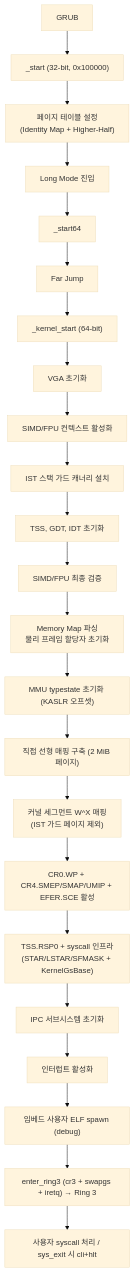
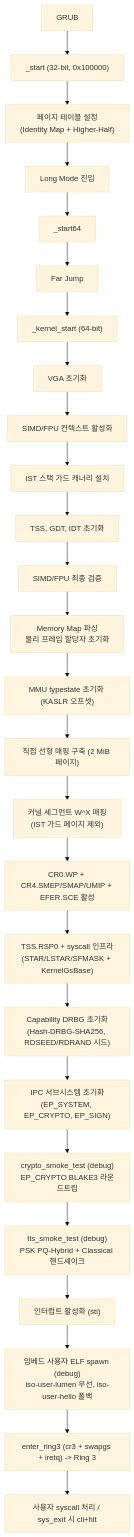
The fourth of 4 diagrams in INTRODUCTION.md (Quant-Off/iso-light-k0), drawn with Mermaid (base theme) before and after one commit. The commit also changed other lines of this file and 3 other files, not shown here.

Commit message:
문서 및 메타 파일 정리 - `INTRODUCTION.md` Phase 1 반영 (HSM 추상화, TLS PSK, EP_SIGN, syscall ABI 표 보강) - `README.md`/`README_EN.md` 제목 ISO-LIGHT-K0 로 통일 - `CLAUDE.md` 중복 프로젝트 가이드 제거 (GSD 관리 섹션만 유지) - `.gitignore` `.claude/` 추가 - `.planning/PROJECT.md` Phase 1 완료 반영

````diff
--- a/INTRODUCTION.md
+++ b/INTRODUCTION.md
@@ -148,25 +201,28 @@
 ```mermaid
 flowchart TB
     A["GRUB"] --> B["_start (32-bit, 0x100000)"]
     B --> C["페이지 테이블 설정<br/>(Identity Map + Higher-Half)"]
     C --> D["Long Mode 진입"]
     D --> E["_start64"]
     E --> F["Far Jump"]
     F --> G["_kernel_start (64-bit)"]
     G --> H["VGA 초기화"]
     H --> I["SIMD/FPU 컨텍스트 활성화"]
     I --> J["IST 스택 가드 캐너리 설치"]
     J --> K["TSS, GDT, IDT 초기화"]
     K --> L["SIMD/FPU 최종 검증"]
     L --> M["Memory Map 파싱<br/>물리 프레임 할당자 초기화"]
     M --> N["MMU typestate 초기화 (KASLR 오프셋)"]
     N --> O["직접 선형 매핑 구축 (2 MiB 페이지)"]
     O --> P["커널 세그먼트 W^X 매핑<br/>(IST 가드 페이지 제외)"]
     P --> P1["CR0.WP + CR4.SMEP/SMAP/UMIP + EFER.SCE 활성"]
     P1 --> P2["TSS.RSP0 + syscall 인프라(STAR/LSTAR/SFMASK + KernelGsBase)"]
-    P2 --> Q["IPC 서브시스템 초기화"]
-    Q --> R["인터럽트 활성화"]
-    R --> S["임베드 사용자 ELF spawn (debug)"]
-    S --> T["enter_ring3 (cr3 + swapgs + iretq) → Ring 3"]
+    P2 --> P3["Capability DRBG 초기화<br/>(Hash-DRBG-SHA256, RDSEED/RDRAND 시드)"]
+    P3 --> Q["IPC 서브시스템 초기화<br/>(EP_SYSTEM, EP_CRYPTO, EP_SIGN)"]
+    Q --> Q1["crypto_smoke_test (debug)<br/>EP_CRYPTO BLAKE3 라운드트립"]
+    Q1 --> Q2["tls_smoke_test (debug)<br/>PSK PQ-Hybrid + Classical 핸드셰이크"]
+    Q2 --> R["인터럽트 활성화 (sti)"]
+    R --> S["임베드 사용자 ELF spawn (debug)<br/>iso-user-lumen 우선, iso-user-hello 폴백"]
+    S --> T["enter_ring3 (cr3 + swapgs + iretq) -> Ring 3"]
     T --> U["사용자 syscall 처리 / sys_exit 시 cli+hlt"]
 ```
````
